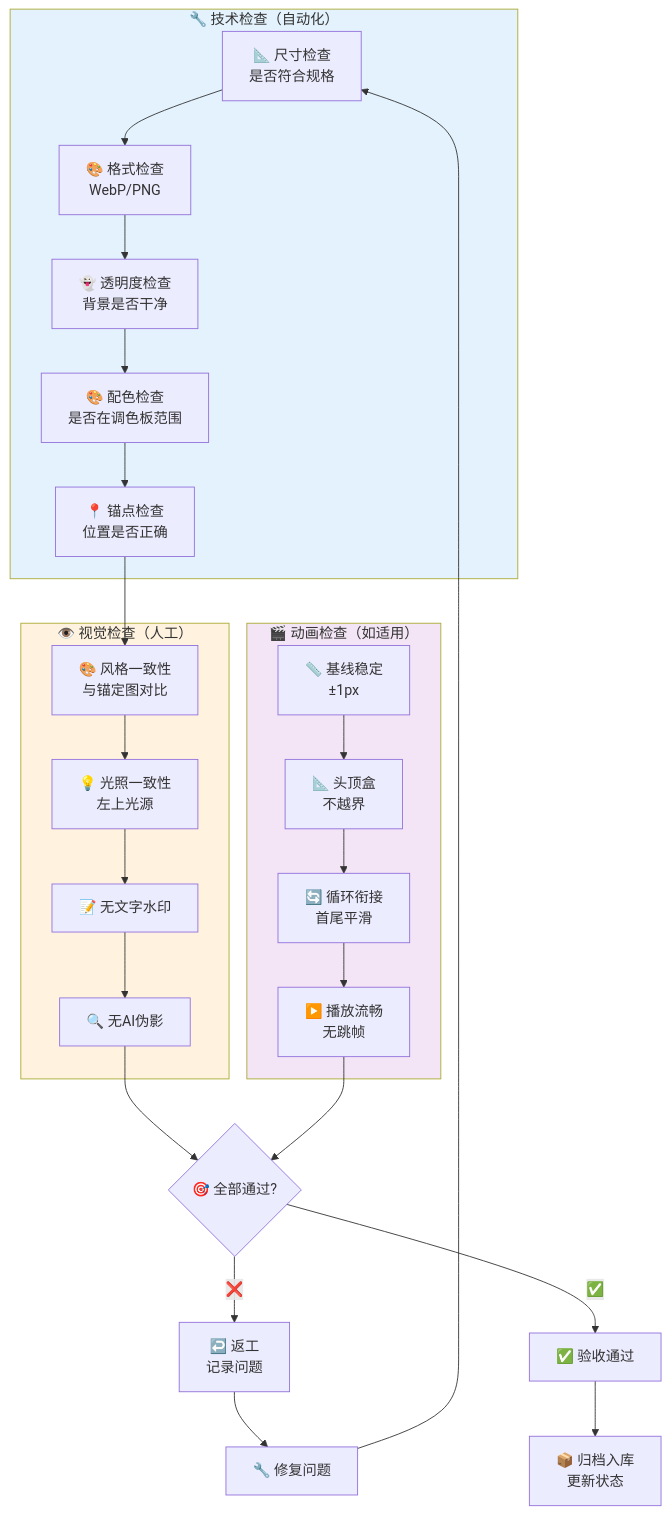
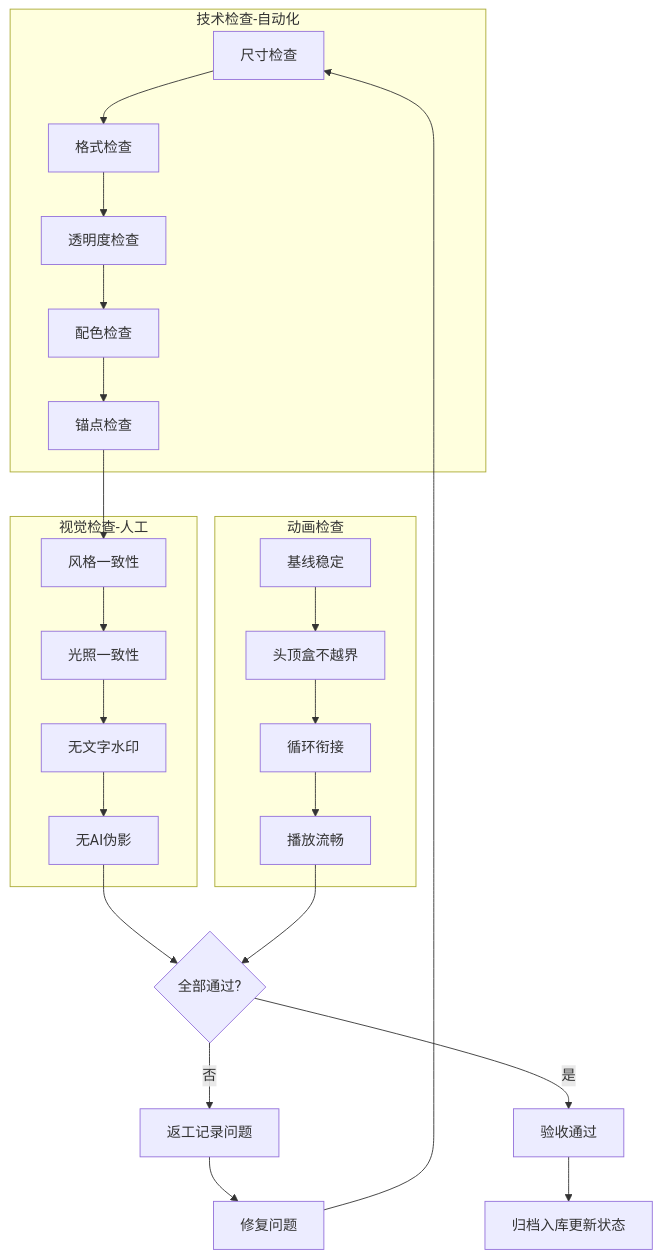
Before and after one commit to angelash/Footnote: diagram 17 of 17 in docs/art/资产生产流程图汇总.md, drawn with Mermaid. The commit also changed other lines of this file and 59 other files, not shown here.

````diff
--- a/docs/art/资产生产流程图汇总.md
+++ b/docs/art/资产生产流程图汇总.md
@@ -392,35 +520,31 @@
 ```mermaid
 flowchart TB
-    subgraph 技术检查["🔧 技术检查（自动化）"]
-        T1["📐 尺寸检查<br/>是否符合规格"] --> T2["🎨 格式检查<br/>WebP/PNG"]
-        T2 --> T3["👻 透明度检查<br/>背景是否干净"]
-        T3 --> T4["🎨 配色检查<br/>是否在调色板范围"]
-        T4 --> T5["📍 锚点检查<br/>位置是否正确"]
+    subgraph TechCheck["技术检查-自动化"]
+        T1["尺寸检查"] --> T2["格式检查"]
+        T2 --> T3["透明度检查"]
+        T3 --> T4["配色检查"]
+        T4 --> T5["锚点检查"]
     end
     
-    subgraph 视觉检查["👁️ 视觉检查（人工）"]
-        V1["🎨 风格一致性<br/>与锚定图对比"] --> V2["💡 光照一致性<br/>左上光源"]
-        V2 --> V3["📝 无文字水印"]
-        V3 --> V4["🔍 无AI伪影"]
+    subgraph VisualCheck["视觉检查-人工"]
+        V1["风格一致性"] --> V2["光照一致性"]
+        V2 --> V3["无文字水印"]
+        V3 --> V4["无AI伪影"]
     end
     
-    subgraph 动画检查["🎬 动画检查（如适用）"]
-        A1["📏 基线稳定<br/>±1px"] --> A2["📐 头顶盒<br/>不越界"]
-        A2 --> A3["🔄 循环衔接<br/>首尾平滑"]
-        A3 --> A4["▶️ 播放流畅<br/>无跳帧"]
+    subgraph AnimCheck["动画检查"]
+        A1["基线稳定"] --> A2["头顶盒不越界"]
+        A2 --> A3["循环衔接"]
+        A3 --> A4["播放流畅"]
     end
     
     T5 --> V1
-    V4 --> CHECK{"🎯 全部通过?"}
+    V4 --> CHECK{"全部通过?"}
     A4 --> CHECK
     
-    CHECK -->|"❌"| REJECT["↩️ 返工<br/>记录问题"]
-    CHECK -->|"✅"| APPROVE["✅ 验收通过"]
+    CHECK -->|"否"| REJECT["返工记录问题"]
+    CHECK -->|"是"| APPROVE["验收通过"]
     
-    APPROVE --> ARCHIVE["📦 归档入库<br/>更新状态"]
-    REJECT --> FIX["🔧 修复问题"] --> T1
-    
-    style 技术检查 fill:#e3f2fd
-    style 视觉检查 fill:#fff3e0
-    style 动画检查 fill:#f3e5f5
+    APPROVE --> ARCHIVE["归档入库更新状态"]
+    REJECT --> FIX["修复问题"] --> T1
 ```
````
